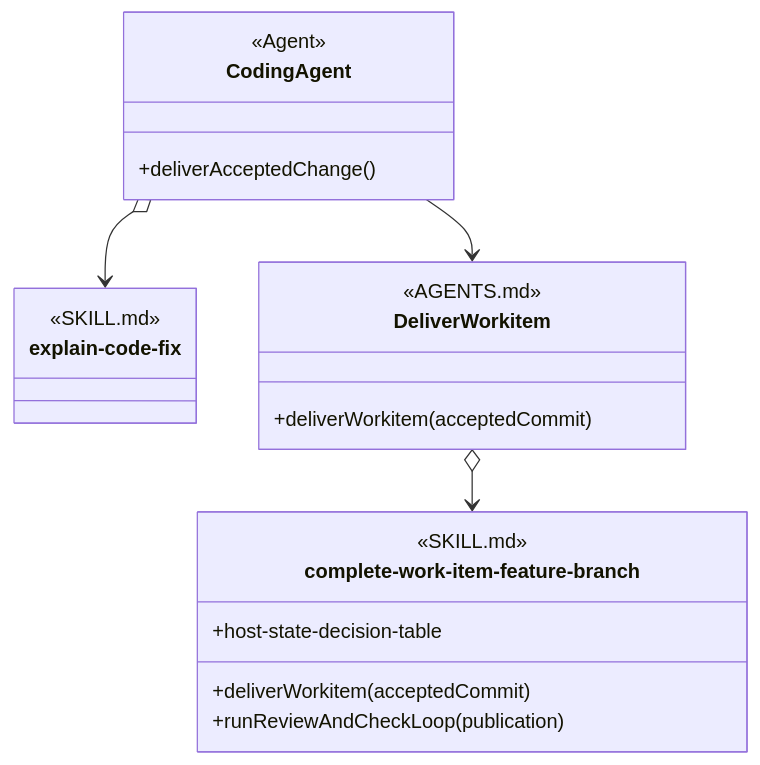
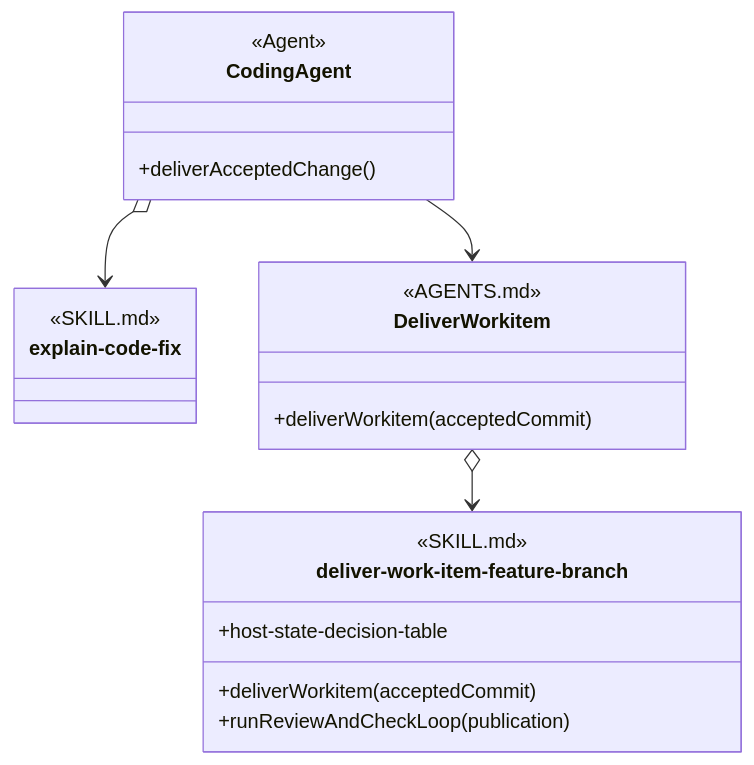
One commit to martinbechard/dev-methodology changed diagram 15 of 16 in design/object-oriented-agent-and-skill-model.md. Above: the diagram before and after it, drawn with Mermaid. The commit also changed other lines of this file and 10 other files, not shown here.

````diff
--- a/design/object-oriented-agent-and-skill-model.md
+++ b/design/object-oriented-agent-and-skill-model.md
@@ -690,31 +690,31 @@
 ```mermaid
 classDiagram
     direction TB
 
     class CodingAgent {
         <<Agent>>
         +deliverAcceptedChange()
     }
 
     class explain-code-fix {
         <<SKILL.md>>
         <<Agent Skill>>
     }
 
     class DeliverWorkitem {
         <<AGENTS.md>>
         +deliverWorkitem(acceptedCommit)
     }
 
-    class complete-work-item-feature-branch {
+    class deliver-work-item-feature-branch {
         <<SKILL.md>>
         <<Injectable Skill>>
         +deliverWorkitem(acceptedCommit)
         +runReviewAndCheckLoop(publication)
         +host-state-decision-table
     }
 
     CodingAgent o--> explain-code-fix
     CodingAgent --> DeliverWorkitem
-    DeliverWorkitem o--> complete-work-item-feature-branch
+    DeliverWorkitem o--> deliver-work-item-feature-branch
 ```
````
